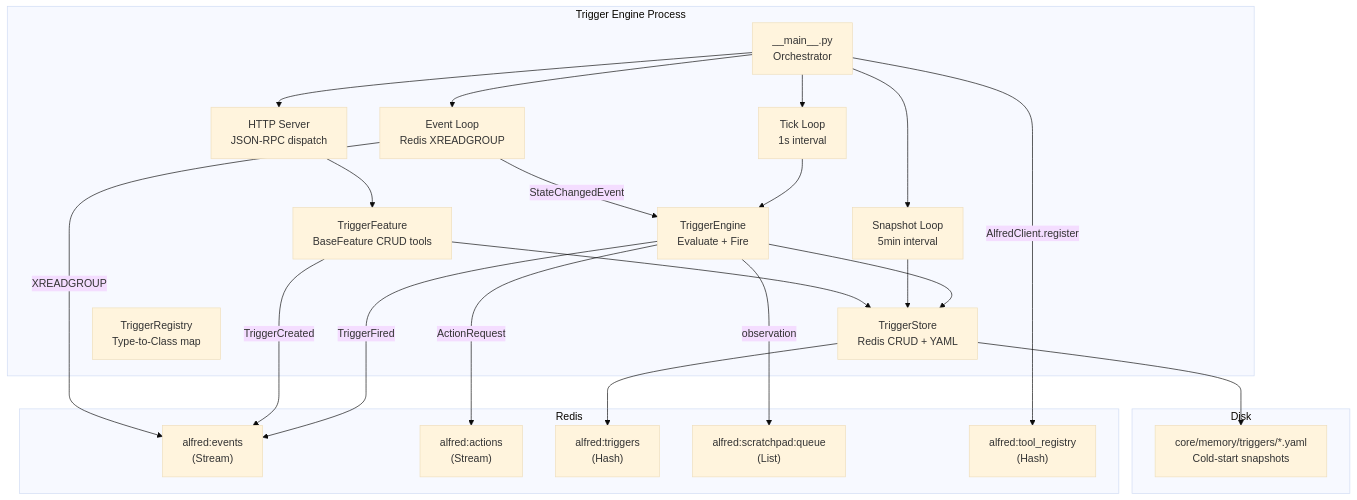
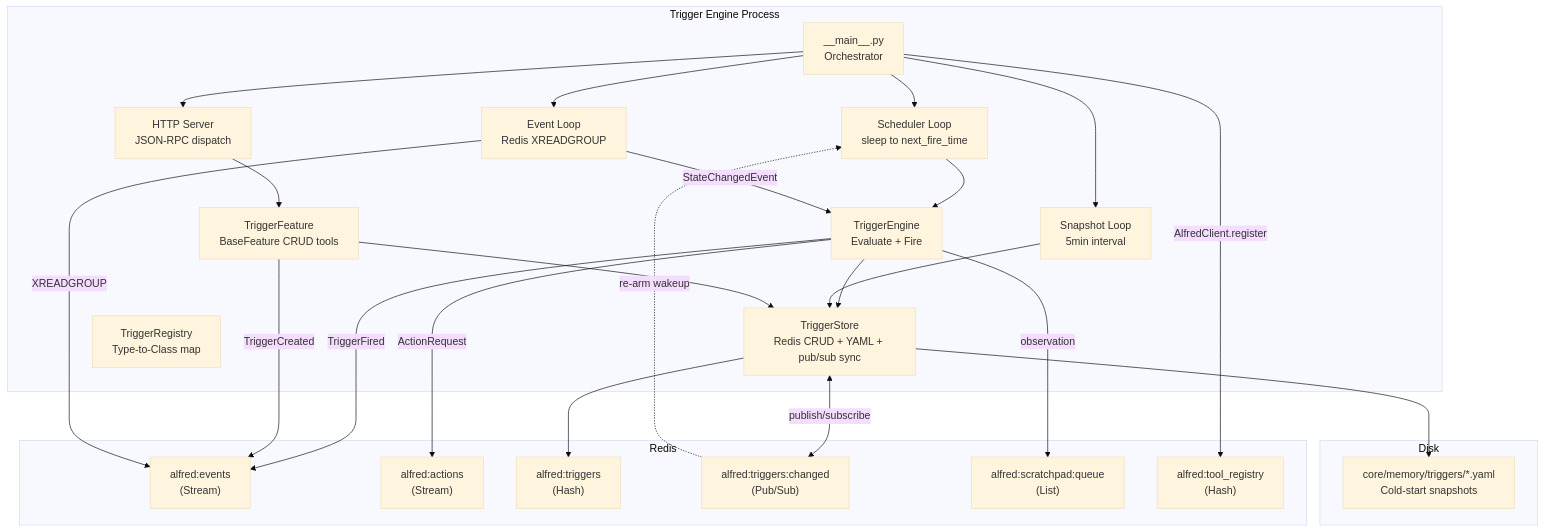
One commit to anirudhlath/alfred changed the first of 5 diagrams in docs/trigger-engine.md. Above: the diagram before and after it, drawn with Mermaid (base theme). The commit also changed other lines of this file and 3 other files, not shown here.

Commit message:
docs: scheduled-wakeup trigger engine + user timezone

````diff
--- a/docs/trigger-engine.md
+++ b/docs/trigger-engine.md
@@ -21,50 +21,53 @@
 ```mermaid
 graph TB
     subgraph "Trigger Engine Process"
         Main["__main__.py<br/>Orchestrator"]
-        TickLoop["Tick Loop<br/>1s interval"]
+        Sched["Scheduler Loop<br/>sleep to next_fire_time"]
         EventLoop["Event Loop<br/>Redis XREADGROUP"]
         SnapLoop["Snapshot Loop<br/>5min interval"]
         Engine["TriggerEngine<br/>Evaluate + Fire"]
-        Store["TriggerStore<br/>Redis CRUD + YAML"]
+        Store["TriggerStore<br/>Redis CRUD + YAML + pub/sub sync"]
         Feature["TriggerFeature<br/>BaseFeature CRUD tools"]
         Server["HTTP Server<br/>JSON-RPC dispatch"]
         Registry["TriggerRegistry<br/>Type-to-Class map"]
     end
 
     subgraph "Redis"
         Events["alfred:events<br/>(Stream)"]
         Actions["alfred:actions<br/>(Stream)"]
         Triggers["alfred:triggers<br/>(Hash)"]
+        Channel["alfred:triggers:changed<br/>(Pub/Sub)"]
         Scratchpad["alfred:scratchpad:queue<br/>(List)"]
         ToolReg["alfred:tool_registry<br/>(Hash)"]
     end
 
     subgraph "Disk"
         YAML["core/memory/triggers/*.yaml<br/>Cold-start snapshots"]
     end
 
-    Main --> TickLoop
+    Main --> Sched
     Main --> EventLoop
     Main --> SnapLoop
     Main --> Server
 
-    TickLoop --> Engine
+    Sched --> Engine
     EventLoop -->|StateChangedEvent| Engine
     Engine --> Store
     Engine -->|ActionRequest| Actions
     Engine -->|TriggerFired| Events
     Engine -->|observation| Scratchpad
 
     Store --> Triggers
     Store --> YAML
+    Store <-->|publish/subscribe| Channel
+    Channel -.->|re-arm wakeup| Sched
     SnapLoop --> Store
 
     Feature --> Store
     Feature -->|TriggerCreated| Events
     Server --> Feature
 
     Main -->|AlfredClient.register| ToolReg
 
     EventLoop -->|XREADGROUP| Events
 ```
````
